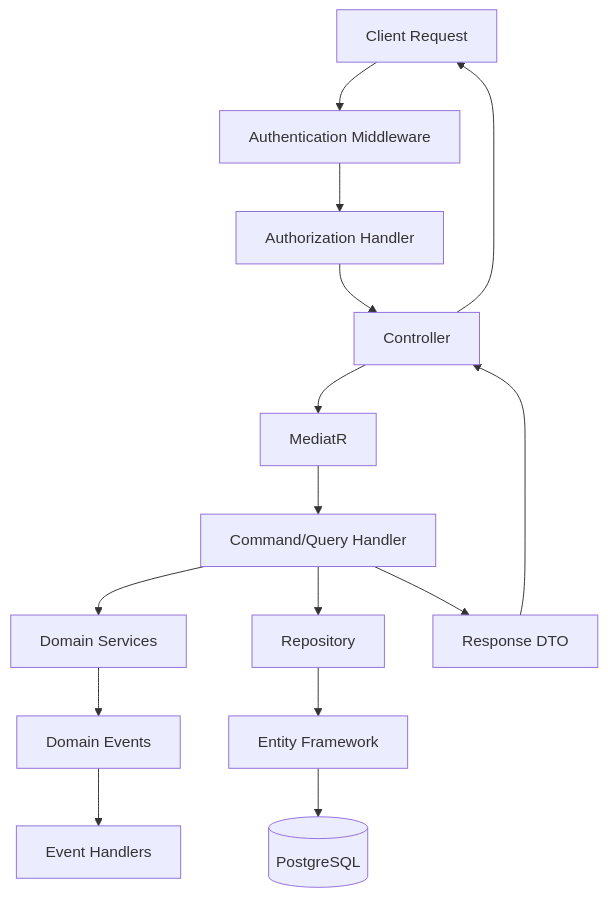
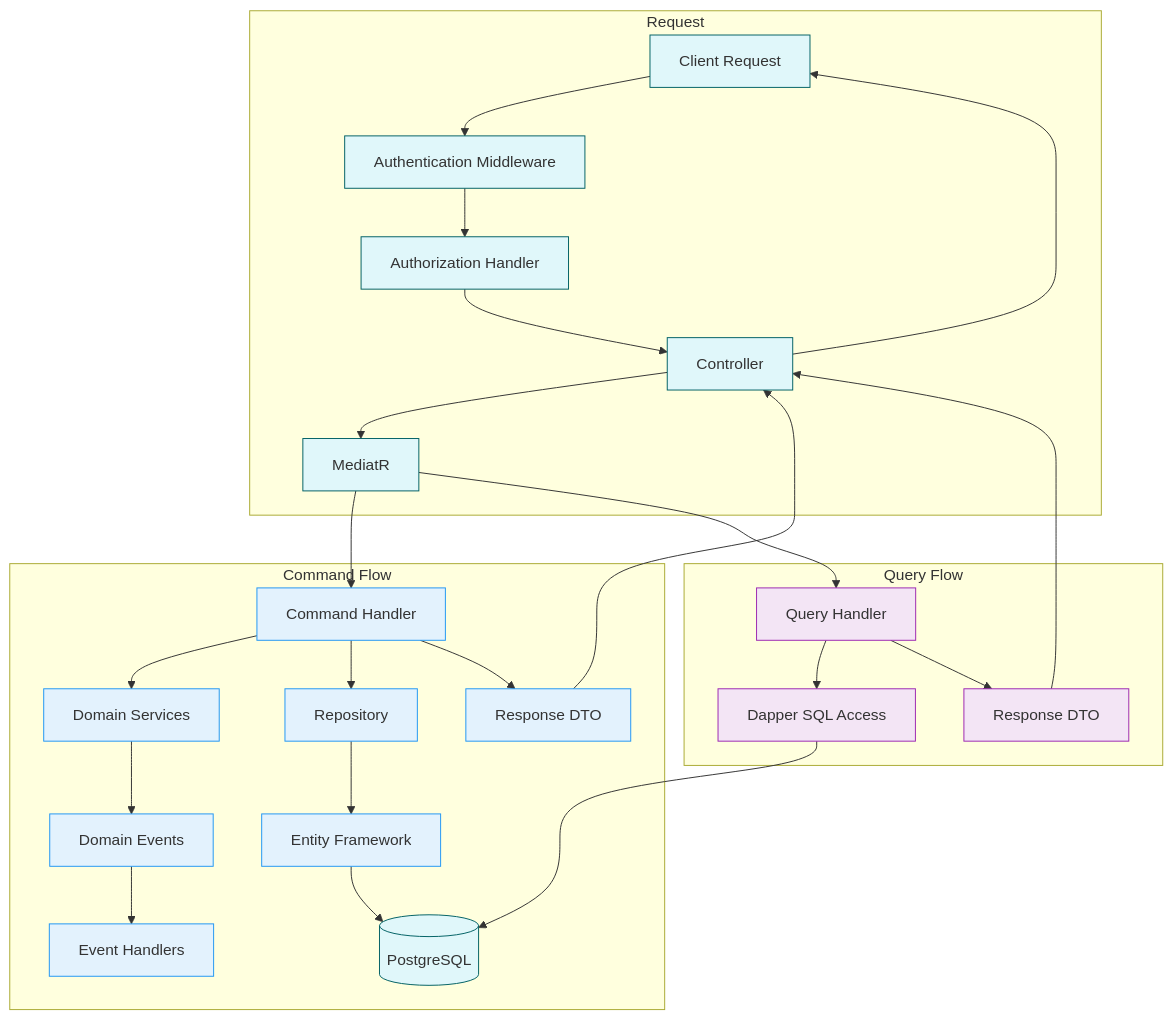
One commit to ingnlema/Conaprole changed the eighth of 8 diagrams in docs/architecture/system-architecture-c4.md. Above: the diagram before and after it, drawn with Mermaid. The commit also changed other lines of this file, not shown here.

````diff
--- a/docs/architecture/system-architecture-c4.md
+++ b/docs/architecture/system-architecture-c4.md
@@ -215,19 +215,44 @@
 ```mermaid
 flowchart TD
-    CLIENT[Client Request] --> MIDDLEWARE[Authentication Middleware]
-    MIDDLEWARE --> AUTHZ[Authorization Handler]
-    AUTHZ --> CONTROLLER[Controller]
-    CONTROLLER --> MEDIATOR[MediatR]
-    MEDIATOR --> HANDLER[Command/Query Handler]
-    HANDLER --> DOMAIN[Domain Services]
-    HANDLER --> REPO[Repository]
-    REPO --> EF[Entity Framework]
-    EF --> DB[(PostgreSQL)]
-    
-    DOMAIN --> EVENTS[Domain Events]
-    EVENTS --> HANDLERS[Event Handlers]
-    
-    HANDLER --> RESPONSE[Response DTO]
-    RESPONSE --> CONTROLLER
+    subgraph Request
+        CLIENT[Client Request] --> MIDDLEWARE[Authentication Middleware]
+        MIDDLEWARE --> AUTHZ[Authorization Handler]
+        AUTHZ --> CONTROLLER[Controller]
+        CONTROLLER --> MEDIATOR[MediatR]
+    end
+
+    subgraph Command Flow
+        MEDIATOR --> CMD_HANDLER[Command Handler]
+        CMD_HANDLER --> DOMAIN[Domain Services]
+        CMD_HANDLER --> REPO[Repository]
+        REPO --> EF[Entity Framework]
+        EF --> DB[(PostgreSQL)]
+
+        DOMAIN --> EVENTS[Domain Events]
+        EVENTS --> EVENT_HANDLERS[Event Handlers]
+
+        CMD_HANDLER --> CMD_RESPONSE[Response DTO]
+        CMD_RESPONSE --> CONTROLLER
+    end
+
+    subgraph Query Flow
+        MEDIATOR --> QRY_HANDLER[Query Handler]
+        QRY_HANDLER --> DAPPER[Dapper SQL Access]
+        DAPPER --> DB
+
+        QRY_HANDLER --> QRY_RESPONSE[Response DTO]
+        QRY_RESPONSE --> CONTROLLER
+    end
+
     CONTROLLER --> CLIENT
+
+    %% Visual styles for clarity
+    classDef command fill:#e3f2fd,stroke:#2196f3
+    classDef query fill:#f3e5f5,stroke:#9c27b0
+    classDef shared fill:#e0f7fa,stroke:#006064
+
+    class CMD_HANDLER,DOMAIN,REPO,EF,EVENTS,EVENT_HANDLERS,CMD_RESPONSE command
+    class QRY_HANDLER,DAPPER,QRY_RESPONSE query
+    class CLIENT,MIDDLEWARE,AUTHZ,CONTROLLER,MEDIATOR,DB shared
+
 ```
````
